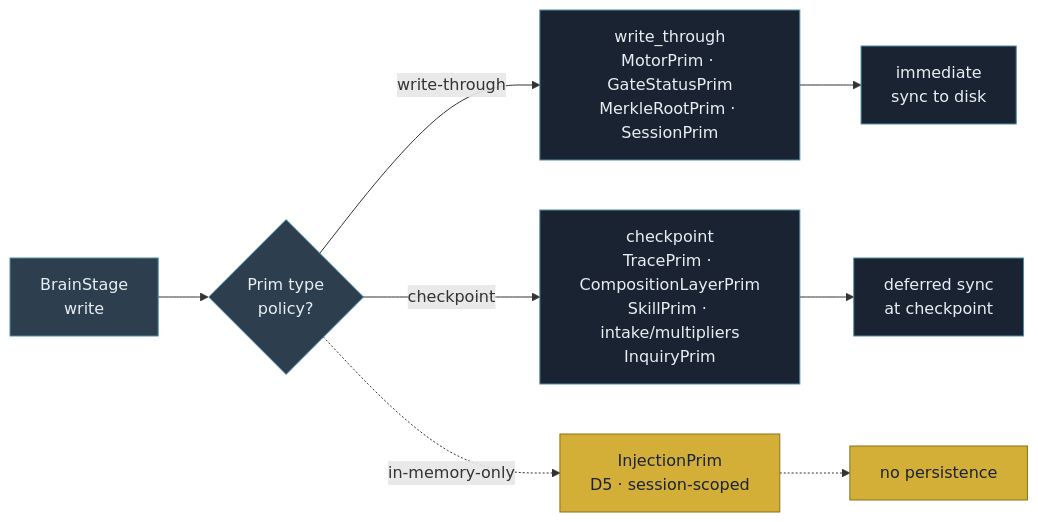
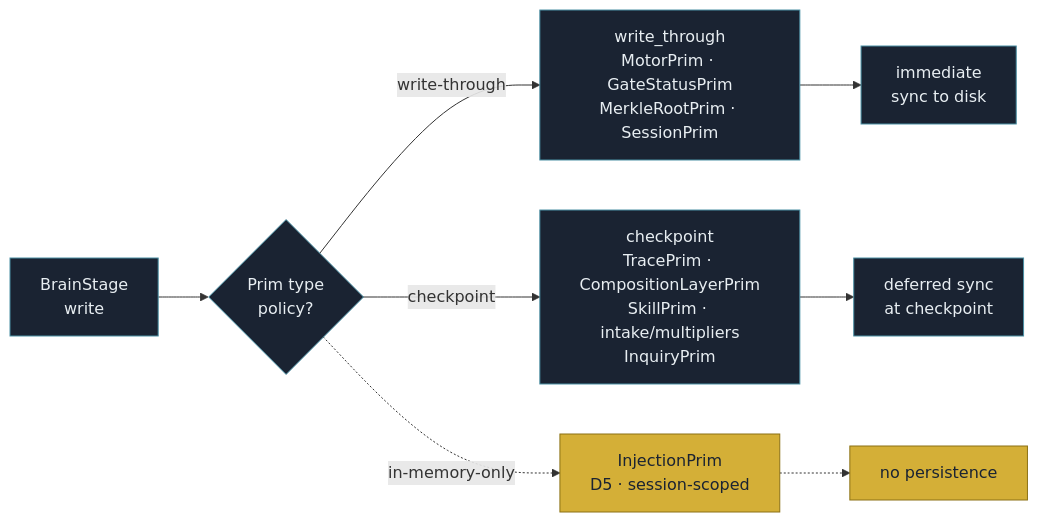
Before and after one commit to JosephOIbrahim/Harlo: the third of 8 diagrams in README.md, drawn with Mermaid. The commit also changed other lines of this file, not shown here.

First line of the commit message:
docs: collapse Mermaid classDefs to true duotone

````diff
--- a/README.md
+++ b/README.md
@@ -180,25 +178,24 @@
 ```mermaid
 flowchart LR
-    START["BrainStage<br/>write"]:::utility
-    DECISION{"Prim type<br/>policy?"}:::utility
+    START["BrainStage<br/>write"]:::substrate
+    DECISION{"Prim type<br/>policy?"}:::substrate
 
     WT["write_through<br/>MotorPrim · GateStatusPrim<br/>MerkleRootPrim · SessionPrim"]:::substrate
     CP["checkpoint<br/>TracePrim · CompositionLayerPrim<br/>SkillPrim · intake/multipliers<br/>InquiryPrim"]:::substrate
     INMEM["InjectionPrim<br/>D5 · session-scoped"]:::runtime
 
     OUT_WT["immediate<br/>sync to disk"]:::substrate
     OUT_CP["deferred sync<br/>at checkpoint"]:::substrate
     OUT_INMEM["no persistence"]:::runtime
 
     START --> DECISION
     DECISION -->|"write-through"| WT
     DECISION -->|"checkpoint"| CP
     DECISION -.->|"in-memory-only"| INMEM
     WT --> OUT_WT
     CP --> OUT_CP
     INMEM -.-> OUT_INMEM
 
     classDef substrate fill:#1a2332,stroke:#4a90a4,color:#e8eef2
     classDef runtime fill:#d4af37,stroke:#8b7115,color:#1a2332
-    classDef utility fill:#2d3e4f,stroke:#4a90a4,color:#e8eef2
 ```
````
